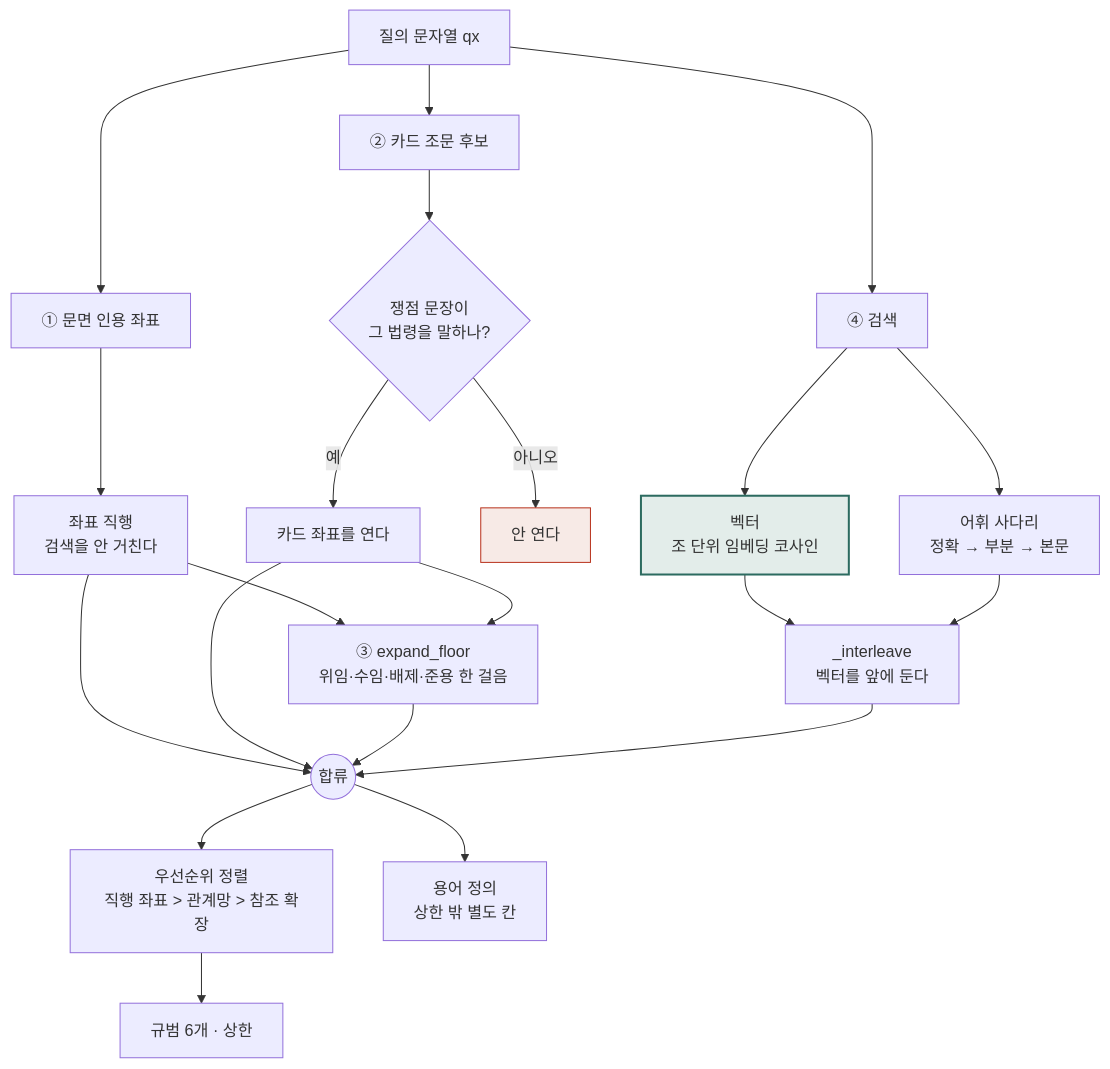
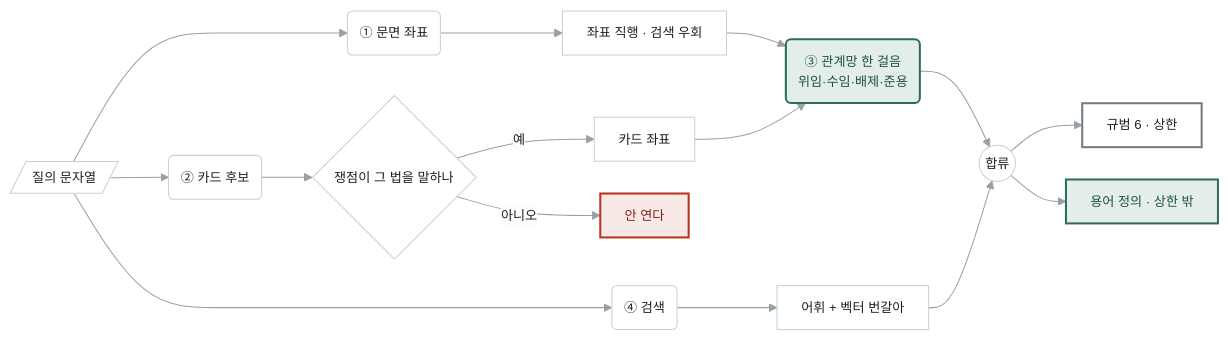
The seventh of 9 diagrams in docs/ARCH_SYSTEM.md (Fromson99/8agent), drawn with Mermaid before and after one commit. The commit also changed other lines of this file and 2 other files, not shown here.

````diff
--- a/docs/ARCH_SYSTEM.md
+++ b/docs/ARCH_SYSTEM.md
@@ -335,26 +350,23 @@
 ```mermaid
-flowchart TB
-  QX["질의 문자열 qx"]
-  QX --> B1["① 문면 인용 좌표"]
-  QX --> B2["② 카드 조문 후보"]
-  QX --> B4["④ 검색"]
-  B1 --> C1["좌표 직행<br/>검색을 안 거친다"]
-  B2 --> SC{"쟁점 문장이<br/>그 법령을 말하나?"}
-  SC -->|"예"| C2["카드 좌표를 연다"]
-  SC -->|"아니오"| SK["안 연다"]
-  B4 --> L["어휘 사다리<br/>정확 → 부분 → 본문"]
-  B4 --> V["벡터<br/>조 단위 임베딩 코사인"]
-  V --> IL["_interleave<br/>벡터를 앞에 둔다"]
-  L --> IL
-  C1 --> FL["③ expand_floor<br/>위임·수임·배제·준용 한 걸음"]
-  C2 --> FL
-  C1 --> M(("합류"))
-  C2 --> M
-  FL --> M
-  IL --> M
-  M --> SORT["우선순위 정렬<br/>직행 좌표 > 관계망 > 참조 확장"]
-  SORT --> K["규범 6개 · 상한"]
-  M --> G["용어 정의<br/>상한 밖 별도 칸"]
-  style V fill:#E3EDEA,stroke:#2C6B60,stroke-width:2px
-  style SK fill:#F7EAE6,stroke:#B8321C
+%%{init:{'theme':'base','themeVariables':{'fontFamily':'system-ui, sans-serif','fontSize':'13px','primaryColor':'#FFFFFF','primaryTextColor':'#1B1F24','primaryBorderColor':'#C7CFD3','lineColor':'#96A0A7','secondaryColor':'#F1F4F5','tertiaryColor':'#FAFBFB','clusterBkg':'#F5F8F8','clusterBorder':'#DBE1E3','edgeLabelBackground':'#FCFCFB'},'flowchart':{'curve':'basis','nodeSpacing':32,'rankSpacing':50,'padding':12}}}%%
+flowchart LR
+  QX[/"질의 문자열"/]
+  QX --> P1("① 문면 좌표")
+  QX --> P2("② 카드 후보")
+  QX --> P4("④ 검색")
+  P1 --> D1["좌표 직행 · 검색 우회"]
+  P2 --> GK{"쟁점이 그 법을 말하나"}
+  GK -->|"예"| D2["카드 좌표"]
+  GK -->|"아니오"| XX["안 연다"]
+  P4 --> D4["어휘 + 벡터 번갈아"]
+  D1 --> FL("③ 관계망 한 걸음<br/>위임·수임·배제·준용")
+  D2 --> FL
+  FL --> MG(("합류"))
+  D4 --> MG
+  MG --> K["규범 6 · 상한"]
+  MG --> G["용어 정의 · 상한 밖"]
+  style FL fill:#E3EDEA,stroke:#2C6B60,stroke-width:2px,color:#1E4F46
+  style G fill:#E3EDEA,stroke:#2C6B60,stroke-width:2px,color:#1E4F46
+  style XX fill:#F7EAE6,stroke:#B8321C,stroke-width:2px,color:#7E2214
+  style K fill:#FFFFFF,stroke:#6E7A82,stroke-width:2px
 ```
````
